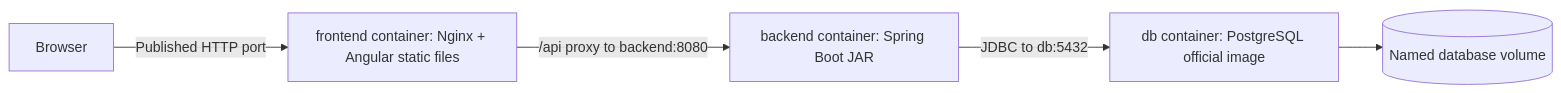
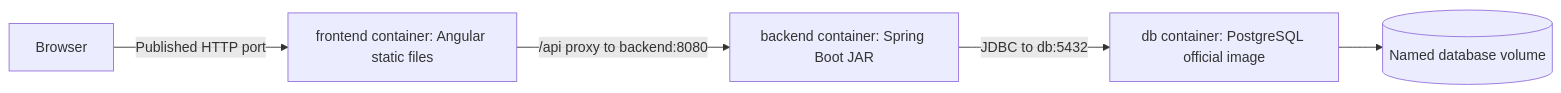
The second of 3 diagrams in docs/architecture-and-roadmap.md (mohsammarraie/bus-management-system), drawn with Mermaid before and after one commit. The commit also changed other lines of this file and 2 other files, not shown here.

Commit message:
docs: clarify NgRx Store and defer frontend server choice

````diff
--- a/docs/architecture-and-roadmap.md
+++ b/docs/architecture-and-roadmap.md
@@ -69,7 +69,7 @@
 ```mermaid
 flowchart LR
-    Browser[Browser] -->|Published HTTP port| Frontend[frontend container: Nginx + Angular static files]
+    Browser[Browser] -->|Published HTTP port| Frontend[frontend container: Angular static files]
     Frontend -->|/api proxy to backend:8080| Backend[backend container: Spring Boot JAR]
     Backend -->|JDBC to db:5432| Database[db container: PostgreSQL official image]
     Database --> Volume[(Named database volume)]
 ```
````
